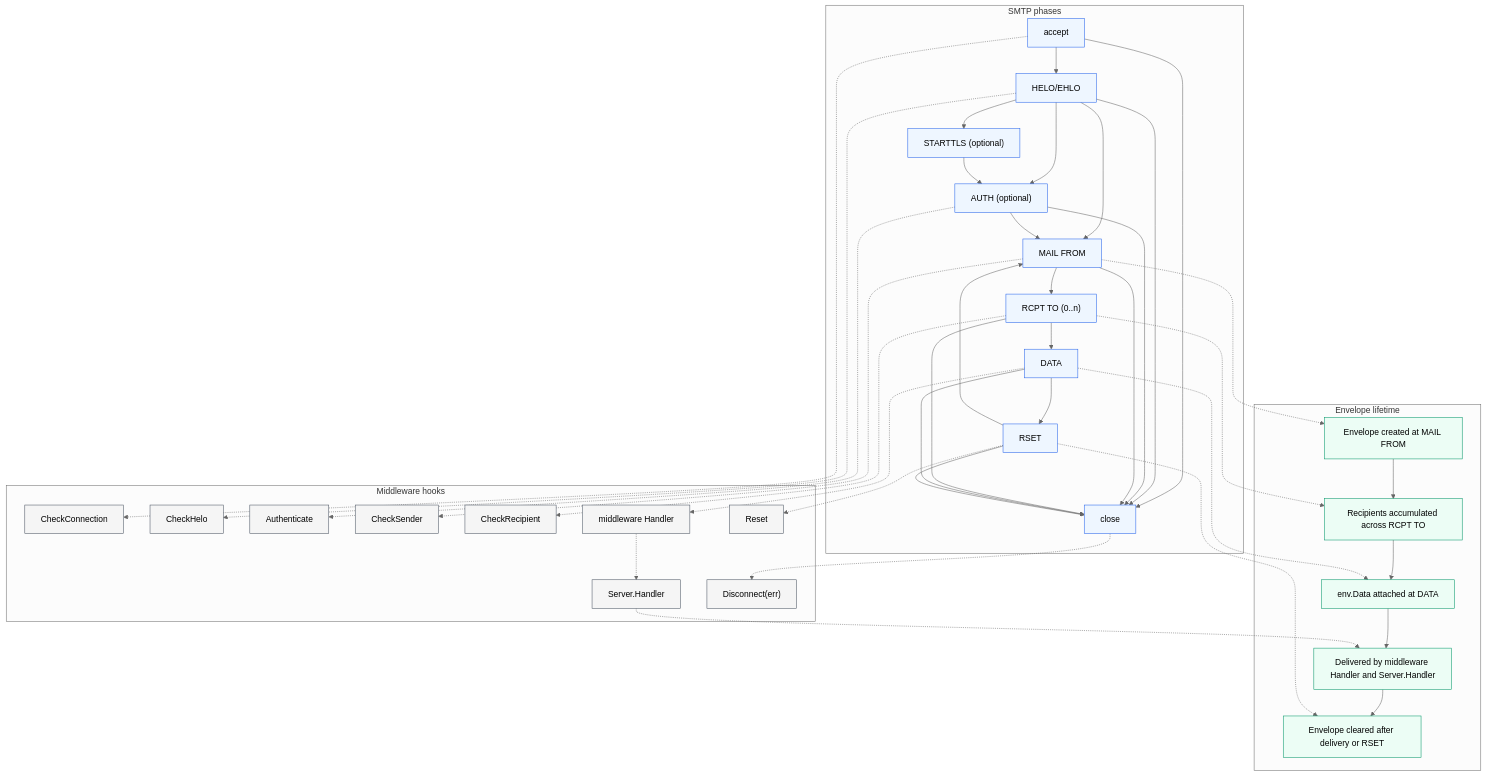
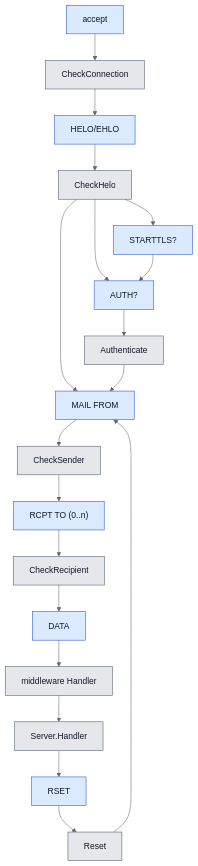
The first of 2 diagrams in README.md (chrj/smtpd), drawn with Mermaid (neutral theme) before and after one commit. The commit also changed other lines of this file, not shown here.

Commit message:
Declutter the diagram.

````diff
--- a/README.md
+++ b/README.md
@@ -108,72 +108,27 @@
 ```mermaid
 flowchart TD
-    subgraph smtp["SMTP phases"]
-        accept["accept"] --> helo["HELO/EHLO"]
-        helo --> starttls["STARTTLS (optional)"]
-        helo --> auth["AUTH (optional)"]
-        starttls --> auth
-        helo --> mailFrom["MAIL FROM"]
-        auth --> mailFrom
-        mailFrom --> rcptTo["RCPT TO (0..n)"]
-        rcptTo --> data["DATA"]
-        data --> rset["RSET"]
-        rset --> mailFrom
+    accept["accept"] --> checkConnection["CheckConnection"]
+    checkConnection --> helo["HELO/EHLO"]
+    helo --> checkHelo["CheckHelo"]
+    checkHelo --> starttls["STARTTLS?"]
+    checkHelo --> auth["AUTH?"]
+    starttls --> auth
+    checkHelo --> mailFrom["MAIL FROM"]
+    auth --> authenticate["Authenticate"]
+    authenticate --> mailFrom
+    mailFrom --> checkSender["CheckSender"]
+    checkSender --> rcptTo["RCPT TO (0..n)"]
+    rcptTo --> checkRecipient["CheckRecipient"]
+    checkRecipient --> data["DATA"]
+    data --> middlewareHandler["middleware Handler"]
+    middlewareHandler --> serverHandler["Server.Handler"]
+    serverHandler --> rset["RSET"]
+    rset --> resetHook["Reset"]
+    resetHook --> mailFrom
 
-        accept --> close["close"]
-        helo --> close
-        auth --> close
-        mailFrom --> close
-        rcptTo --> close
-        data --> close
-        rset --> close
-    end
+    classDef phase fill:#dbeafe,stroke:#1d4ed8,color:#111827;
+    classDef hook fill:#e5e7eb,stroke:#4b5563,color:#111827;
 
-    subgraph hooks["Middleware hooks"]
-        checkConnection["CheckConnection"]
-        checkHelo["CheckHelo"]
-        authenticate["Authenticate"]
-        checkSender["CheckSender"]
-        checkRecipient["CheckRecipient"]
-        middlewareHandler["middleware Handler"]
-        serverHandler["Server.Handler"]
-        resetHook["Reset"]
-        disconnectHook["Disconnect(err)"]
-    end
-
-    subgraph envelope["Envelope lifetime"]
-        envCreated["Envelope created at MAIL FROM"]
-        envRecipients["Recipients accumulated across RCPT TO"]
-        envData["env.Data attached at DATA"]
-        envDelivered["Delivered by middleware Handler and Server.Handler"]
-        envCleared["Envelope cleared after delivery or RSET"]
-
-        envCreated --> envRecipients
-        envRecipients --> envData
-        envData --> envDelivered
-        envDelivered --> envCleared
-    end
-
-    accept -.-> checkConnection
-    helo -.-> checkHelo
-    auth -.-> authenticate
-    mailFrom -.-> checkSender
-    rcptTo -.-> checkRecipient
-    data -.-> middlewareHandler
-    middlewareHandler -.-> serverHandler
-    rset -.-> resetHook
-    close -.-> disconnectHook
-
-    mailFrom -.-> envCreated
-    rcptTo -.-> envRecipients
-    data -.-> envData
-    serverHandler -.-> envDelivered
-    rset -.-> envCleared
-
-    classDef phase fill:#eef6ff,stroke:#2563eb;
-    classDef hook fill:#f5f5f5,stroke:#4b5563;
-    classDef env fill:#ecfdf5,stroke:#059669;
-
-    class accept,helo,starttls,auth,mailFrom,rcptTo,data,rset,close phase;
-    class checkConnection,checkHelo,authenticate,checkSender,checkRecipient,middlewareHandler,serverHandler,resetHook,disconnectHook hook;
-    class envCreated,envRecipients,envData,envDelivered,envCleared env;
+    class accept,helo,starttls,auth,mailFrom,rcptTo,data,rset phase;
+    class checkConnection,checkHelo,authenticate,checkSender,checkRecipient,middlewareHandler,serverHandler,resetHook hook;
 ```
````
